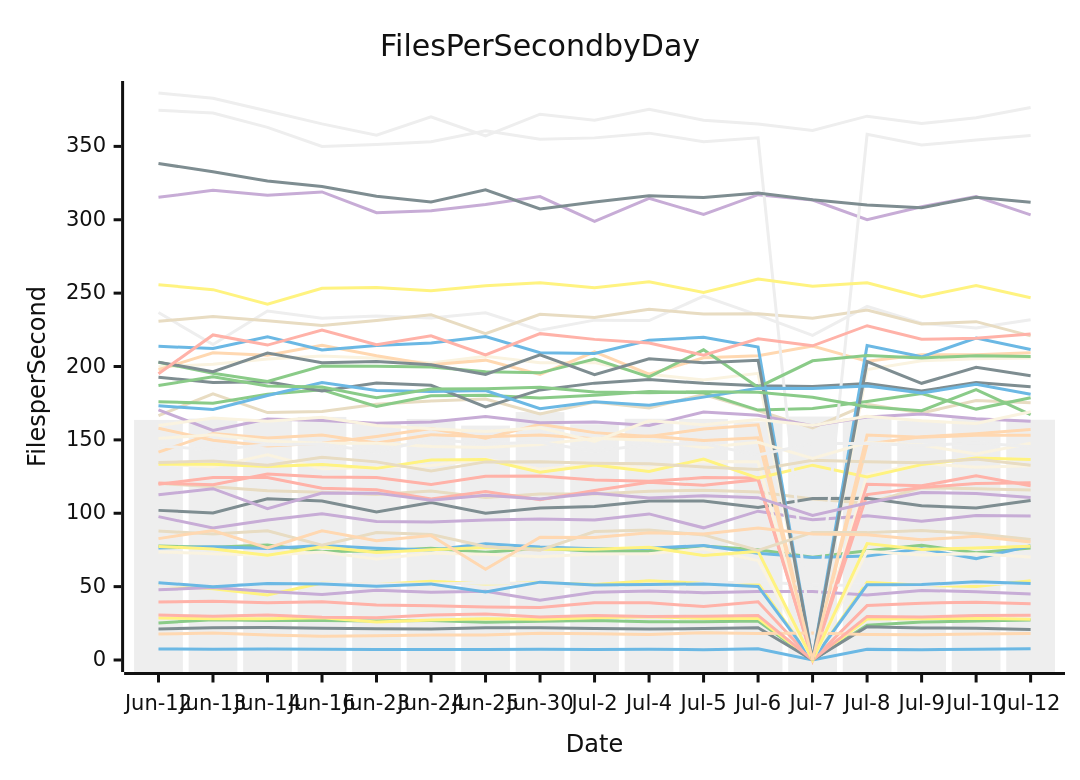
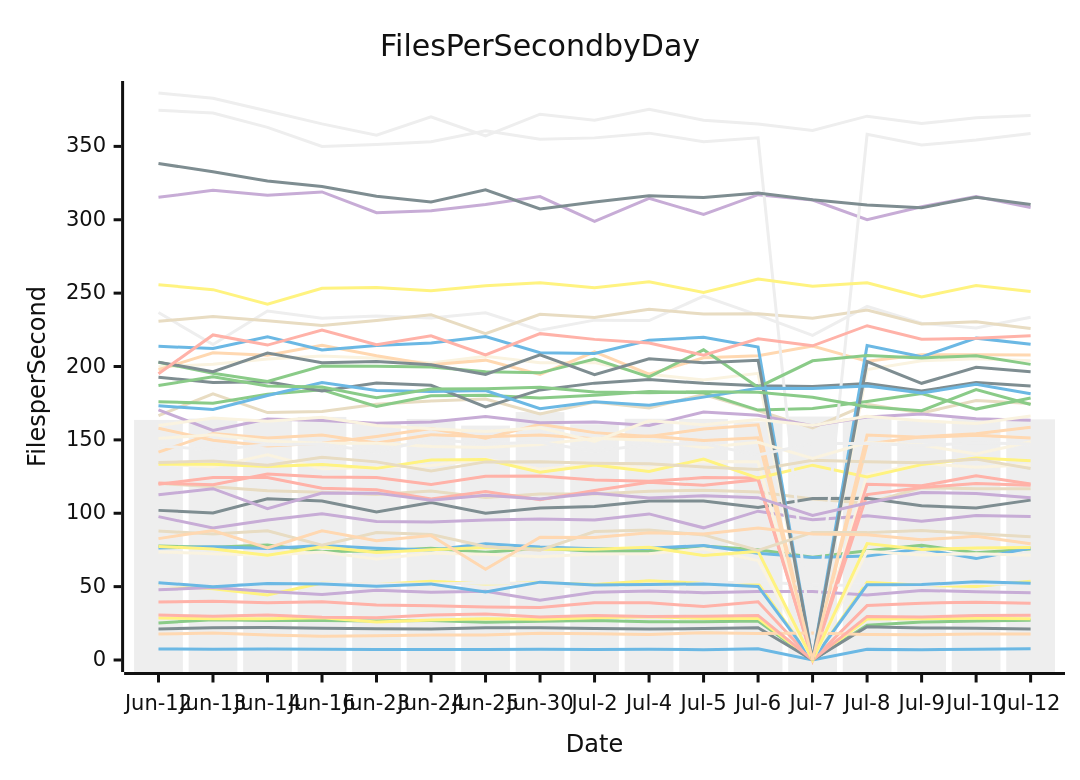
Before and after one commit to streetsidesoftware/cspell: the diagram in perf-report.md, drawn with Mermaid (neutral theme). The commit also changed other lines of this file and 1 other file, not shown here.

````diff
--- a/perf-report.md
+++ b/perf-report.md
@@ -10,57 +10,57 @@
 ```mermaid
 xychart-beta
     title Files Per Second by Day
     y-axis Files per Second
     x-axis Date [Jun-12, Jun-13, Jun-14, Jun-16, Jun-23, Jun-24, Jun-25, Jun-30, Jul-2, Jul-4, Jul-5, Jul-6, Jul-7, Jul-8, Jul-9, Jul-10, Jul-12]
-    bar [163.62, 164.52, 162.91, 165.65, 161.06, 164.28, 159.75, 168.95, 160.66, 164.38, 164.27, 162.48, 165.90, 164.83, 163.05, 164.68, 163.72]
-    line [7.58, 7.35, 7.42, 7.28, 7.12, 7.22, 7.17, 7.37, 7.23, 7.36, 6.99, 7.61, 0.00, 7.24, 7.01, 7.27, 7.66]
-    line [77.70, 76.81, 78.39, 74.00, 74.26, 76.13, 73.45, 76.23, 74.07, 74.35, 77.62, 75.07, 70.03, 74.46, 78.13, 73.01, 76.24]
-    line [97.72, 89.92, 95.33, 99.63, 94.35, 94.02, 95.44, 96.15, 95.34, 99.55, 90.07, 101.41, 95.54, 98.21, 94.52, 98.50, 98.16]
-    line [120.36, 118.07, 115.35, 114.38, 112.71, 115.12, 110.67, 113.20, 113.18, 115.07, 115.63, 114.45, 109.79, 106.87, 117.37, 116.66, 115.88]
-    line [119.77, 124.29, 124.35, 117.01, 116.01, 109.65, 114.81, 109.29, 115.47, 121.09, 119.06, 122.86, 0.00, 112.77, 117.49, 120.30, 120.86]
-    line [51.25, 48.63, 44.36, 52.41, 51.44, 53.68, 51.84, 52.69, 51.50, 53.98, 52.25, 52.09, 0.00, 53.03, 50.88, 50.01, 53.95]
-    line [101.96, 100.16, 109.91, 108.33, 100.84, 107.27, 100.09, 103.62, 104.63, 108.43, 108.27, 103.96, 110.08, 110.20, 105.06, 103.60, 108.73]
-    line [157.93, 149.82, 145.84, 147.63, 152.29, 157.67, 151.07, 160.69, 154.94, 152.23, 157.47, 160.32, 0.00, 147.14, 152.12, 154.25, 157.14]
-    line [199.78, 201.47, 205.17, 207.22, 205.60, 202.43, 207.02, 202.54, 202.72, 194.67, 190.86, 195.33, 0.00, 197.97, 203.94, 205.22, 205.72]
-    line [50.72, 51.41, 51.47, 52.39, 51.73, 51.82, 52.39, 52.00, 48.43, 49.22, 52.34, 53.26, 51.10, 50.86, 50.66, 52.36, 51.60]
-    line [76.37, 77.13, 76.03, 78.06, 76.22, 74.88, 79.14, 76.99, 75.88, 76.09, 78.08, 72.78, 69.82, 70.79, 75.77, 69.10, 77.90]
-    line [25.22, 27.49, 26.99, 26.84, 26.60, 26.95, 25.71, 26.35, 26.84, 26.11, 26.06, 26.52, 0.00, 23.76, 25.86, 26.61, 27.18]
-    line [47.88, 49.42, 46.70, 44.72, 47.61, 46.18, 46.86, 40.79, 46.17, 47.03, 45.86, 46.70, 46.74, 44.23, 47.36, 46.58, 44.90]
-    line [166.53, 181.43, 168.60, 169.42, 174.24, 176.57, 177.80, 167.68, 175.75, 171.75, 180.95, 169.97, 158.13, 174.21, 168.28, 176.77, 175.31]
-    line [39.47, 40.00, 39.07, 39.70, 37.48, 36.99, 36.10, 35.86, 38.94, 38.99, 36.38, 39.71, 0.00, 37.09, 38.73, 39.43, 38.40]
-    line [28.61, 28.16, 28.05, 28.76, 25.82, 27.29, 28.03, 27.82, 28.74, 29.48, 28.36, 28.34, 0.00, 27.98, 28.10, 28.43, 27.75]
-    line [21.08, 22.04, 22.18, 21.66, 21.30, 21.15, 22.00, 21.90, 21.51, 21.13, 21.43, 22.00, 0.00, 22.72, 21.87, 21.57, 20.70]
-    line [197.78, 209.33, 207.61, 214.45, 207.28, 201.26, 204.34, 194.65, 210.00, 194.85, 205.89, 207.36, 213.92, 203.52, 207.94, 208.03, 209.34]
-    line [133.58, 131.67, 139.76, 130.35, 131.39, 132.60, 136.92, 129.95, 133.16, 130.87, 135.23, 135.13, 0.00, 126.22, 133.87, 131.35, 132.38]
-    line [236.78, 215.01, 237.87, 232.93, 234.34, 233.01, 236.58, 224.78, 231.59, 231.28, 247.94, 235.03, 221.17, 240.95, 229.51, 226.18, 231.92]
-    line [52.68, 49.85, 52.20, 51.85, 50.23, 51.87, 46.40, 53.06, 51.19, 51.40, 51.86, 50.10, 0.00, 51.21, 51.39, 53.37, 52.20]
-    line [176.04, 174.92, 181.06, 184.11, 172.84, 180.05, 180.38, 178.52, 180.47, 182.90, 182.10, 170.31, 171.39, 176.15, 181.65, 170.98, 178.75]
-    line [315.29, 320.05, 316.70, 318.97, 304.83, 306.07, 310.41, 315.81, 298.93, 314.56, 303.69, 317.11, 313.48, 300.01, 308.91, 315.76, 303.31]
-    line [230.81, 234.11, 231.13, 227.87, 231.36, 235.26, 222.40, 235.59, 233.45, 238.97, 235.75, 235.89, 232.86, 238.48, 229.00, 230.57, 220.85]
-    line [120.60, 119.36, 126.68, 124.68, 124.29, 119.55, 125.16, 125.39, 122.70, 121.73, 124.30, 123.97, 0.00, 119.80, 118.70, 125.49, 118.74]
-    line [133.43, 133.31, 131.91, 133.18, 130.59, 136.24, 136.67, 127.99, 132.91, 128.52, 136.97, 123.97, 132.77, 124.67, 133.15, 137.66, 136.56]
-    line [192.67, 189.08, 189.64, 183.39, 188.80, 187.17, 172.53, 184.06, 188.67, 191.18, 188.53, 186.82, 186.30, 188.38, 183.25, 189.14, 186.14]
-    line [17.68, 18.34, 17.12, 16.25, 16.59, 17.11, 17.00, 18.16, 17.94, 17.30, 18.64, 18.07, 18.36, 17.45, 17.16, 17.77, 18.03]
-    line [73.62, 72.46, 71.40, 73.58, 68.82, 72.77, 72.13, 70.38, 72.17, 72.40, 75.76, 67.72, 0.00, 74.05, 71.58, 72.37, 70.13]
-    line [374.63, 372.72, 362.93, 349.94, 351.35, 353.13, 360.69, 354.83, 355.80, 359.03, 353.22, 355.88, 0.00, 358.26, 350.93, 354.34, 357.44]
-    line [213.73, 212.23, 220.18, 211.27, 214.37, 216.02, 220.47, 209.37, 208.94, 217.94, 219.88, 213.33, 0.00, 214.36, 206.61, 219.33, 211.61]
-    line [202.89, 195.38, 189.84, 200.33, 200.19, 199.73, 196.39, 195.67, 205.11, 192.90, 211.35, 185.93, 203.88, 207.58, 205.87, 207.35, 206.80]
-    line [170.47, 156.38, 164.16, 163.15, 161.29, 162.24, 165.87, 161.72, 162.26, 159.82, 169.05, 166.75, 159.60, 165.64, 167.61, 164.48, 162.63]
-    line [134.67, 135.55, 132.71, 138.18, 135.01, 128.78, 135.00, 135.05, 134.05, 133.73, 131.56, 129.78, 136.12, 135.18, 134.44, 136.88, 132.66]
-    line [30.74, 29.76, 30.63, 29.07, 28.80, 30.64, 31.41, 29.25, 30.37, 29.62, 29.89, 30.35, 0.00, 29.68, 29.34, 30.24, 30.52]
-    line [77.39, 75.61, 71.46, 77.16, 73.34, 75.14, 76.59, 75.51, 75.45, 76.79, 71.21, 73.99, 0.00, 79.33, 75.23, 76.27, 77.57]
-    line [202.99, 196.51, 209.12, 202.60, 203.46, 201.26, 194.60, 207.89, 194.40, 205.29, 202.49, 204.26, 0.00, 203.31, 188.55, 199.47, 193.67]
-    line [141.70, 154.36, 151.21, 153.33, 147.83, 153.51, 152.15, 153.26, 150.82, 152.56, 149.61, 151.37, 0.00, 153.34, 151.79, 153.10, 153.17]
-    line [150.95, 153.45, 149.19, 147.76, 147.78, 145.47, 144.87, 146.87, 151.06, 149.73, 144.88, 148.36, 137.35, 148.23, 146.43, 140.41, 147.70]
-    line [386.38, 382.81, 374.09, 365.35, 357.60, 370.08, 357.07, 371.96, 367.90, 375.27, 367.85, 365.20, 360.83, 370.59, 365.59, 369.56, 376.52]
-    line [173.22, 170.75, 180.24, 189.10, 183.71, 182.95, 183.62, 171.28, 176.05, 173.54, 179.14, 185.15, 184.99, 186.71, 181.92, 187.82, 181.09]
-    line [187.10, 192.94, 186.79, 186.02, 178.80, 184.67, 184.84, 185.79, 182.56, 182.17, 182.82, 182.50, 179.12, 172.62, 169.88, 184.28, 167.17]
-    line [112.63, 116.73, 103.14, 113.74, 113.71, 108.86, 112.34, 109.73, 113.68, 110.37, 111.97, 110.64, 98.54, 106.95, 114.12, 113.53, 110.79]
-    line [87.88, 85.81, 88.09, 78.16, 86.88, 85.49, 77.34, 74.76, 87.51, 88.59, 85.26, 74.62, 86.95, 86.80, 88.24, 86.00, 82.11]
-    line [195.02, 221.53, 214.60, 224.77, 214.79, 220.92, 207.92, 222.39, 218.49, 216.06, 207.77, 218.95, 214.11, 227.80, 218.56, 219.23, 222.23]
-    line [255.69, 252.37, 242.53, 253.26, 253.77, 251.67, 255.05, 257.07, 253.64, 257.67, 250.47, 259.54, 254.67, 257.07, 247.35, 255.25, 246.81]
-    line [338.35, 332.69, 326.37, 322.64, 316.02, 312.10, 320.45, 307.34, 312.08, 316.35, 315.20, 318.22, 313.66, 310.11, 308.24, 315.35, 312.01]
-    line [82.72, 88.26, 76.41, 88.08, 81.29, 84.76, 61.88, 83.73, 83.48, 86.69, 85.83, 89.91, 85.92, 85.41, 81.93, 84.31, 80.34]
-    line [159.81, 164.92, 162.77, 165.48, 159.81, 157.56, 155.70, 158.25, 148.90, 163.02, 160.27, 163.84, 159.78, 166.09, 162.99, 161.12, 169.16]
-    line [145.87, 143.36, 146.61, 147.23, 141.81, 150.65, 147.20, 148.34, 142.33, 146.88, 147.38, 139.67, 147.57, 147.61, 146.15, 148.02, 145.37]
+    bar [163.62, 164.52, 162.91, 165.65, 161.06, 164.28, 159.75, 168.95, 160.66, 164.38, 164.27, 162.48, 165.90, 164.83, 163.05, 164.68, 163.97]
+    line [7.58, 7.35, 7.42, 7.28, 7.12, 7.22, 7.17, 7.37, 7.23, 7.36, 6.99, 7.61, 0.00, 7.24, 7.01, 7.27, 7.59]
+    line [77.70, 76.81, 78.39, 74.00, 74.26, 76.13, 73.45, 76.23, 74.07, 74.35, 77.62, 75.07, 70.03, 74.46, 78.13, 73.01, 75.67]
+    line [97.72, 89.92, 95.33, 99.63, 94.35, 94.02, 95.44, 96.15, 95.34, 99.55, 90.07, 101.41, 95.54, 98.21, 94.52, 98.50, 97.85]
+    line [120.36, 118.07, 115.35, 114.38, 112.71, 115.12, 110.67, 113.20, 113.18, 115.07, 115.63, 114.45, 109.79, 106.87, 117.37, 116.66, 116.74]
+    line [119.77, 124.29, 124.35, 117.01, 116.01, 109.65, 114.81, 109.29, 115.47, 121.09, 119.06, 122.86, 0.00, 112.77, 117.49, 120.30, 119.11]
+    line [51.25, 48.63, 44.36, 52.41, 51.44, 53.68, 51.84, 52.69, 51.50, 53.98, 52.25, 52.09, 0.00, 53.03, 50.88, 50.01, 53.68]
+    line [101.96, 100.16, 109.91, 108.33, 100.84, 107.27, 100.09, 103.62, 104.63, 108.43, 108.27, 103.96, 110.08, 110.20, 105.06, 103.60, 108.94]
+    line [157.93, 149.82, 145.84, 147.63, 152.29, 157.67, 151.07, 160.69, 154.94, 152.23, 157.47, 160.32, 0.00, 147.14, 152.12, 154.25, 158.58]
+    line [199.78, 201.47, 205.17, 207.22, 205.60, 202.43, 207.02, 202.54, 202.72, 194.67, 190.86, 195.33, 0.00, 197.97, 203.94, 205.22, 203.99]
+    line [50.72, 51.41, 51.47, 52.39, 51.73, 51.82, 52.39, 52.00, 48.43, 49.22, 52.34, 53.26, 51.10, 50.86, 50.66, 52.36, 50.96]
+    line [76.37, 77.13, 76.03, 78.06, 76.22, 74.88, 79.14, 76.99, 75.88, 76.09, 78.08, 72.78, 69.82, 70.79, 75.77, 69.10, 76.38]
+    line [25.22, 27.49, 26.99, 26.84, 26.60, 26.95, 25.71, 26.35, 26.84, 26.11, 26.06, 26.52, 0.00, 23.76, 25.86, 26.61, 27.10]
+    line [47.88, 49.42, 46.70, 44.72, 47.61, 46.18, 46.86, 40.79, 46.17, 47.03, 45.86, 46.70, 46.74, 44.23, 47.36, 46.58, 45.82]
+    line [166.53, 181.43, 168.60, 169.42, 174.24, 176.57, 177.80, 167.68, 175.75, 171.75, 180.95, 169.97, 158.13, 174.21, 168.28, 176.77, 174.85]
+    line [39.47, 40.00, 39.07, 39.70, 37.48, 36.99, 36.10, 35.86, 38.94, 38.99, 36.38, 39.71, 0.00, 37.09, 38.73, 39.43, 38.70]
+    line [28.61, 28.16, 28.05, 28.76, 25.82, 27.29, 28.03, 27.82, 28.74, 29.48, 28.36, 28.34, 0.00, 27.98, 28.10, 28.43, 28.18]
+    line [21.08, 22.04, 22.18, 21.66, 21.30, 21.15, 22.00, 21.90, 21.51, 21.13, 21.43, 22.00, 0.00, 22.72, 21.87, 21.57, 21.10]
+    line [197.78, 209.33, 207.61, 214.45, 207.28, 201.26, 204.34, 194.65, 210.00, 194.85, 205.89, 207.36, 213.92, 203.52, 207.94, 208.03, 207.82]
+    line [133.58, 131.67, 139.76, 130.35, 131.39, 132.60, 136.92, 129.95, 133.16, 130.87, 135.23, 135.13, 0.00, 126.22, 133.87, 131.35, 133.05]
+    line [236.78, 215.01, 237.87, 232.93, 234.34, 233.01, 236.58, 224.78, 231.59, 231.28, 247.94, 235.03, 221.17, 240.95, 229.51, 226.18, 233.51]
+    line [52.68, 49.85, 52.20, 51.85, 50.23, 51.87, 46.40, 53.06, 51.19, 51.40, 51.86, 50.10, 0.00, 51.21, 51.39, 53.37, 52.26]
+    line [176.04, 174.92, 181.06, 184.11, 172.84, 180.05, 180.38, 178.52, 180.47, 182.90, 182.10, 170.31, 171.39, 176.15, 181.65, 170.98, 178.60]
+    line [315.29, 320.05, 316.70, 318.97, 304.83, 306.07, 310.41, 315.81, 298.93, 314.56, 303.69, 317.11, 313.48, 300.01, 308.91, 315.76, 308.33]
+    line [230.81, 234.11, 231.13, 227.87, 231.36, 235.26, 222.40, 235.59, 233.45, 238.97, 235.75, 235.89, 232.86, 238.48, 229.00, 230.57, 225.85]
+    line [120.60, 119.36, 126.68, 124.68, 124.29, 119.55, 125.16, 125.39, 122.70, 121.73, 124.30, 123.97, 0.00, 119.80, 118.70, 125.49, 119.95]
+    line [133.43, 133.31, 131.91, 133.18, 130.59, 136.24, 136.67, 127.99, 132.91, 128.52, 136.97, 123.97, 132.77, 124.67, 133.15, 137.66, 135.80]
+    line [192.67, 189.08, 189.64, 183.39, 188.80, 187.17, 172.53, 184.06, 188.67, 191.18, 188.53, 186.82, 186.30, 188.38, 183.25, 189.14, 186.76]
+    line [17.68, 18.34, 17.12, 16.25, 16.59, 17.11, 17.00, 18.16, 17.94, 17.30, 18.64, 18.07, 18.36, 17.45, 17.16, 17.77, 17.76]
+    line [73.62, 72.46, 71.40, 73.58, 68.82, 72.77, 72.13, 70.38, 72.17, 72.40, 75.76, 67.72, 0.00, 74.05, 71.58, 72.37, 71.36]
+    line [374.63, 372.72, 362.93, 349.94, 351.35, 353.13, 360.69, 354.83, 355.80, 359.03, 353.22, 355.88, 0.00, 358.26, 350.93, 354.34, 358.78]
+    line [213.73, 212.23, 220.18, 211.27, 214.37, 216.02, 220.47, 209.37, 208.94, 217.94, 219.88, 213.33, 0.00, 214.36, 206.61, 219.33, 215.21]
+    line [202.89, 195.38, 189.84, 200.33, 200.19, 199.73, 196.39, 195.67, 205.11, 192.90, 211.35, 185.93, 203.88, 207.58, 205.87, 207.35, 201.46]
+    line [170.47, 156.38, 164.16, 163.15, 161.29, 162.24, 165.87, 161.72, 162.26, 159.82, 169.05, 166.75, 159.60, 165.64, 167.61, 164.48, 163.42]
+    line [134.67, 135.55, 132.71, 138.18, 135.01, 128.78, 135.00, 135.05, 134.05, 133.73, 131.56, 129.78, 136.12, 135.18, 134.44, 136.88, 130.51]
+    line [30.74, 29.76, 30.63, 29.07, 28.80, 30.64, 31.41, 29.25, 30.37, 29.62, 29.89, 30.35, 0.00, 29.68, 29.34, 30.24, 30.50]
+    line [77.39, 75.61, 71.46, 77.16, 73.34, 75.14, 76.59, 75.51, 75.45, 76.79, 71.21, 73.99, 0.00, 79.33, 75.23, 76.27, 76.59]
+    line [202.99, 196.51, 209.12, 202.60, 203.46, 201.26, 194.60, 207.89, 194.40, 205.29, 202.49, 204.26, 0.00, 203.31, 188.55, 199.47, 196.49]
+    line [141.70, 154.36, 151.21, 153.33, 147.83, 153.51, 152.15, 153.26, 150.82, 152.56, 149.61, 151.37, 0.00, 153.34, 151.79, 153.10, 151.25]
+    line [150.95, 153.45, 149.19, 147.76, 147.78, 145.47, 144.87, 146.87, 151.06, 149.73, 144.88, 148.36, 137.35, 148.23, 146.43, 140.41, 148.70]
+    line [386.38, 382.81, 374.09, 365.35, 357.60, 370.08, 357.07, 371.96, 367.90, 375.27, 367.85, 365.20, 360.83, 370.59, 365.59, 369.56, 371.05]
+    line [173.22, 170.75, 180.24, 189.10, 183.71, 182.95, 183.62, 171.28, 176.05, 173.54, 179.14, 185.15, 184.99, 186.71, 181.92, 187.82, 181.50]
+    line [187.10, 192.94, 186.79, 186.02, 178.80, 184.67, 184.84, 185.79, 182.56, 182.17, 182.82, 182.50, 179.12, 172.62, 169.88, 184.28, 174.13]
+    line [112.63, 116.73, 103.14, 113.74, 113.71, 108.86, 112.34, 109.73, 113.68, 110.37, 111.97, 110.64, 98.54, 106.95, 114.12, 113.53, 110.64]
+    line [87.88, 85.81, 88.09, 78.16, 86.88, 85.49, 77.34, 74.76, 87.51, 88.59, 85.26, 74.62, 86.95, 86.80, 88.24, 86.00, 83.92]
+    line [195.02, 221.53, 214.60, 224.77, 214.79, 220.92, 207.92, 222.39, 218.49, 216.06, 207.77, 218.95, 214.11, 227.80, 218.56, 219.23, 220.91]
+    line [255.69, 252.37, 242.53, 253.26, 253.77, 251.67, 255.05, 257.07, 253.64, 257.67, 250.47, 259.54, 254.67, 257.07, 247.35, 255.25, 251.11]
+    line [338.35, 332.69, 326.37, 322.64, 316.02, 312.10, 320.45, 307.34, 312.08, 316.35, 315.20, 318.22, 313.66, 310.11, 308.24, 315.35, 310.39]
+    line [82.72, 88.26, 76.41, 88.08, 81.29, 84.76, 61.88, 83.73, 83.48, 86.69, 85.83, 89.91, 85.92, 85.41, 81.93, 84.31, 79.27]
+    line [159.81, 164.92, 162.77, 165.48, 159.81, 157.56, 155.70, 158.25, 148.90, 163.02, 160.27, 163.84, 159.78, 166.09, 162.99, 161.12, 166.34]
+    line [145.87, 143.36, 146.61, 147.23, 141.81, 150.65, 147.20, 148.34, 142.33, 146.88, 147.38, 139.67, 147.57, 147.61, 146.15, 148.02, 147.13]
 ```
````
